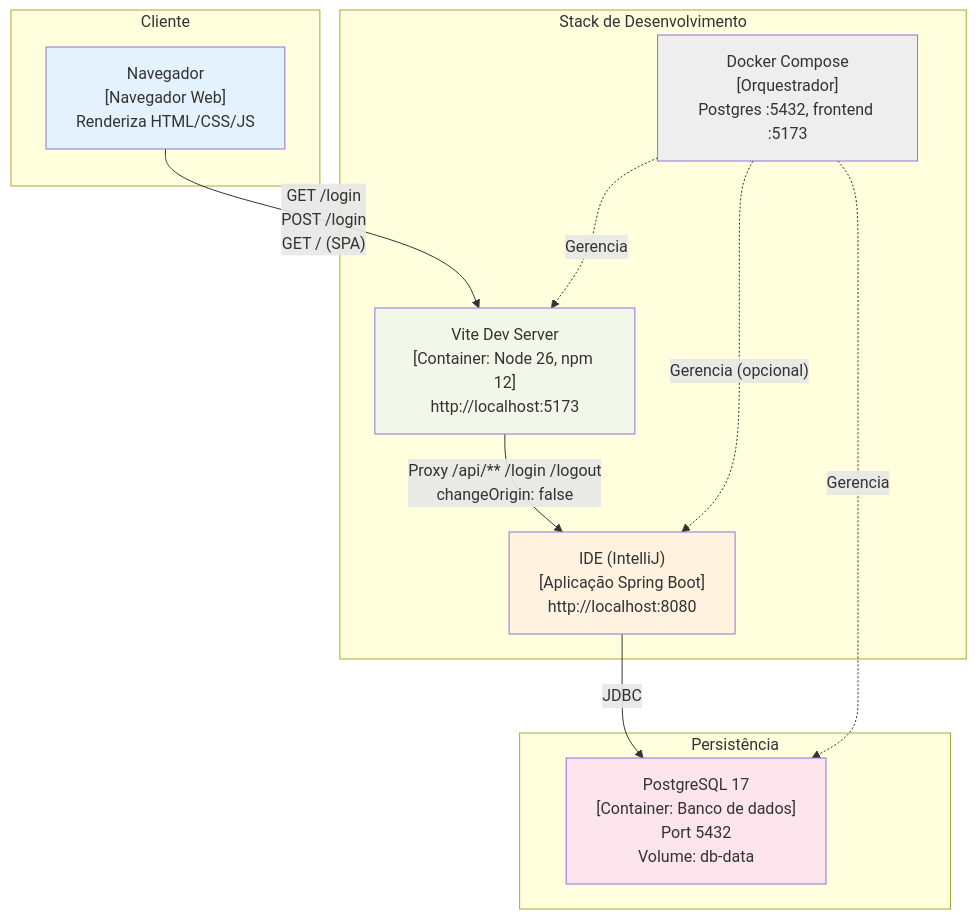
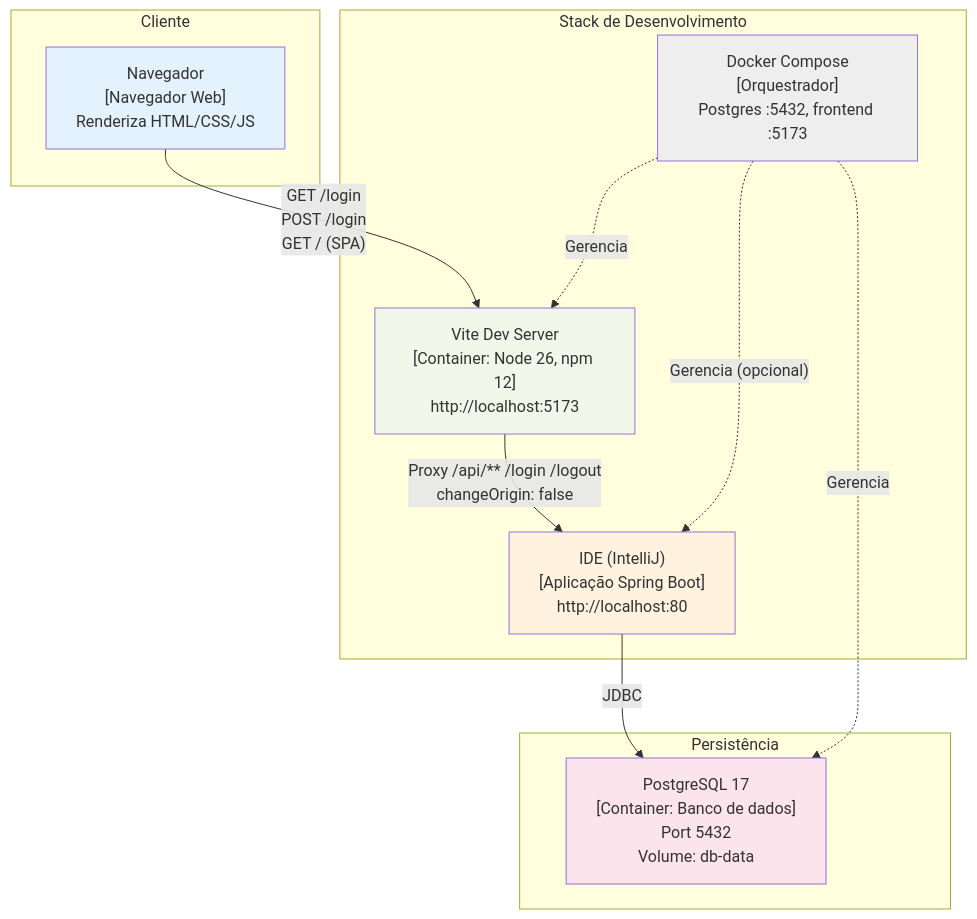
One commit to adielsantosaraujo/login_base changed the second of 8 diagrams in docs/04-arquitetura.md. Above: the diagram before and after it, drawn with Mermaid. The commit also changed other lines of this file and 25 other files, not shown here.

````diff
--- a/docs/04-arquitetura.md
+++ b/docs/04-arquitetura.md
@@ -134,29 +134,29 @@
 ```mermaid
 graph TB
     subgraph Client["Cliente"]
         Nav["Navegador<br/>[Navegador Web]<br/>Renderiza HTML/CSS/JS"]
     end
     
     subgraph DevStack["Stack de Desenvolvimento"]
         ViteDev["Vite Dev Server<br/>[Container: Node 26, npm 12]<br/>http://localhost:5173"]
-        IDEApp["IDE (IntelliJ)<br/>[Aplicação Spring Boot]<br/>http://localhost:8080"]
+        IDEApp["IDE (IntelliJ)<br/>[Aplicação Spring Boot]<br/>http://localhost:80"]
         Compose["Docker Compose<br/>[Orquestrador]<br/>Postgres :5432, frontend :5173"]
     end
     
     subgraph Data["Persistência"]
         DB["PostgreSQL 17<br/>[Container: Banco de dados]<br/>Port 5432<br/>Volume: db-data"]
     end
     
     Nav -->|"GET /login<br/>POST /login<br/>GET / (SPA)"| ViteDev
     ViteDev -->|Proxy /api/** /login /logout<br/>changeOrigin: false| IDEApp
     IDEApp -->|JDBC| DB
     Compose -.->|Gerencia| DB
     Compose -.->|"Gerencia (opcional)"| IDEApp
     Compose -.->|Gerencia| ViteDev
     
     style Nav fill:#e3f2fd
     style ViteDev fill:#f1f8e9
     style IDEApp fill:#fff3e0
     style DB fill:#fce4ec
     style Compose fill:#eeeeee
 ```
````
